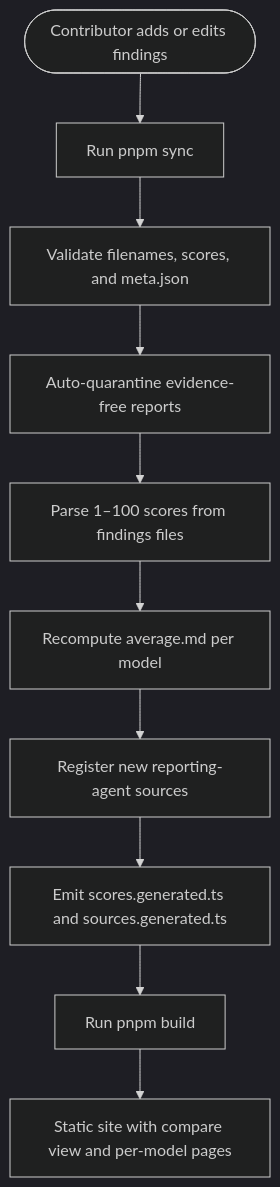
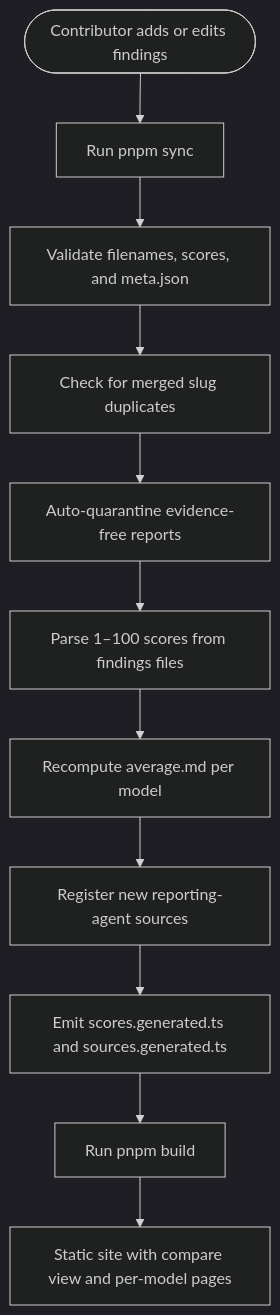
One commit to delirium-dj/modelcomp changed the second of 4 diagrams in .qoder/repowiki/en/content/Getting Started.md. Above: the diagram before and after it, drawn with Mermaid (dark theme). The commit also changed other lines of this file and 242 other files, not shown here.

````diff
--- a/.qoder/repowiki/en/content/Getting Started.md
+++ b/.qoder/repowiki/en/content/Getting Started.md
@@ -119,12 +129,13 @@
 ```mermaid
 flowchart TD
 Start(["Contributor adds or edits findings"]) --> Sync["Run pnpm sync"]
 Sync --> Validate["Validate filenames, scores, and meta.json"]
-Validate --> Quarantine["Auto-quarantine evidence-free reports"]
+Validate --> CheckSlug["Check for merged slug duplicates"]
+CheckSlug --> Quarantine["Auto-quarantine evidence-free reports"]
 Quarantine --> Parse["Parse 1–100 scores from findings files"]
 Parse --> Average["Recompute average.md per model"]
 Average --> Registry["Register new reporting-agent sources"]
 Registry --> Generated["Emit scores.generated.ts and sources.generated.ts"]
 Generated --> Build["Run pnpm build"]
 Build --> Site["Static site with compare view and per-model pages"]
 ```
````
